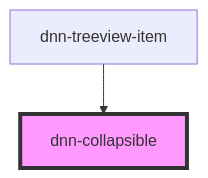
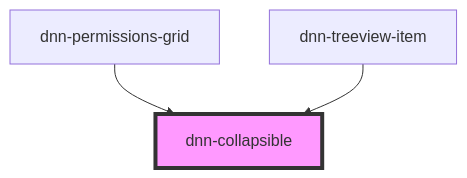
Before and after one commit to DNNCommunity/dnn-elements: the diagram in src/components/dnn-collapsible/readme.md, drawn with Mermaid. The commit also changed other lines of this file and 11 other files, not shown here.

````diff
--- a/src/components/dnn-collapsible/readme.md
+++ b/src/components/dnn-collapsible/readme.md
@@ -43,5 +44,6 @@
 ```mermaid
 graph TD;
+  dnn-permissions-grid --> dnn-collapsible
   dnn-treeview-item --> dnn-collapsible
   style dnn-collapsible fill:#f9f,stroke:#333,stroke-width:4px
 ```
````
